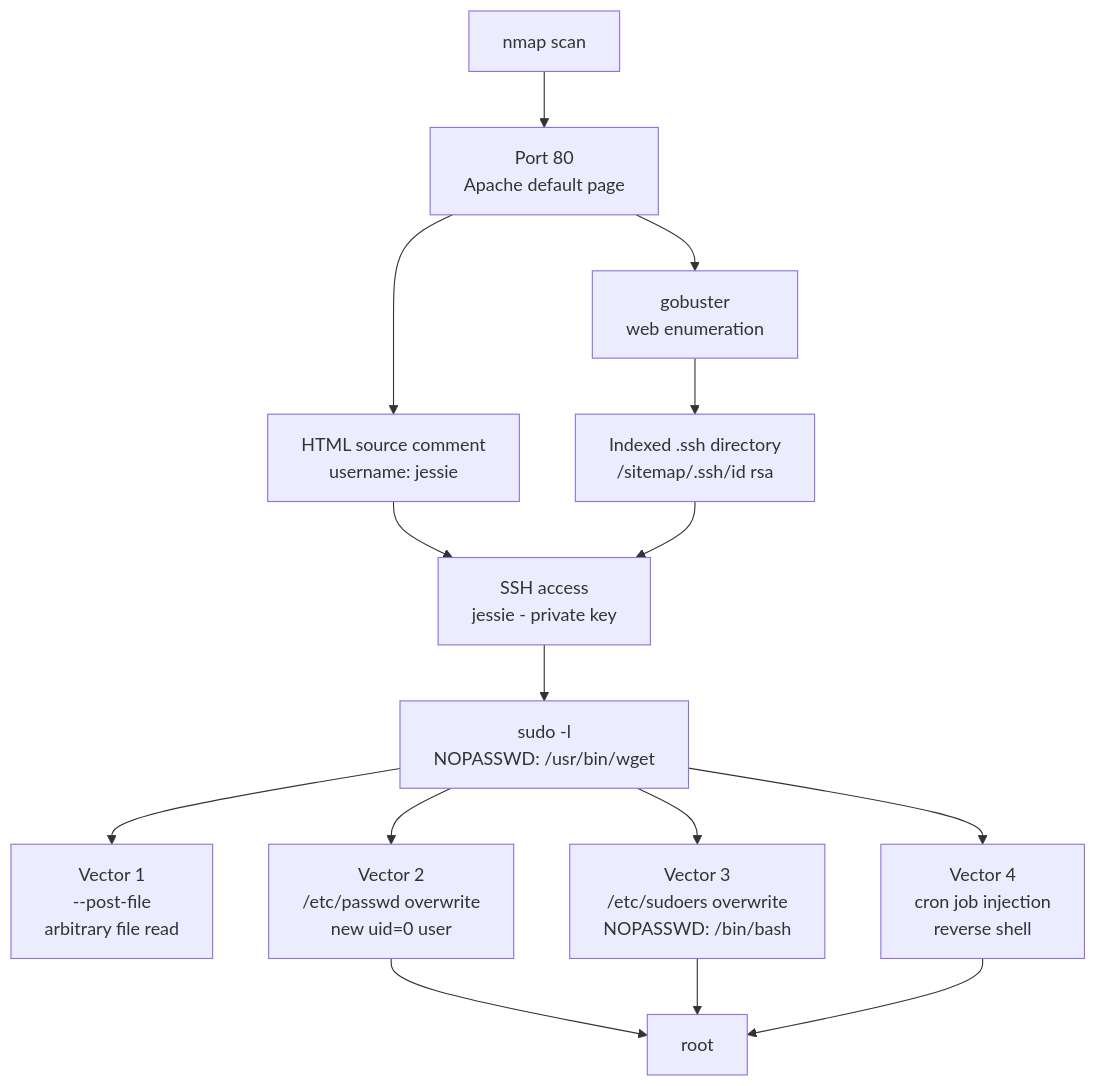
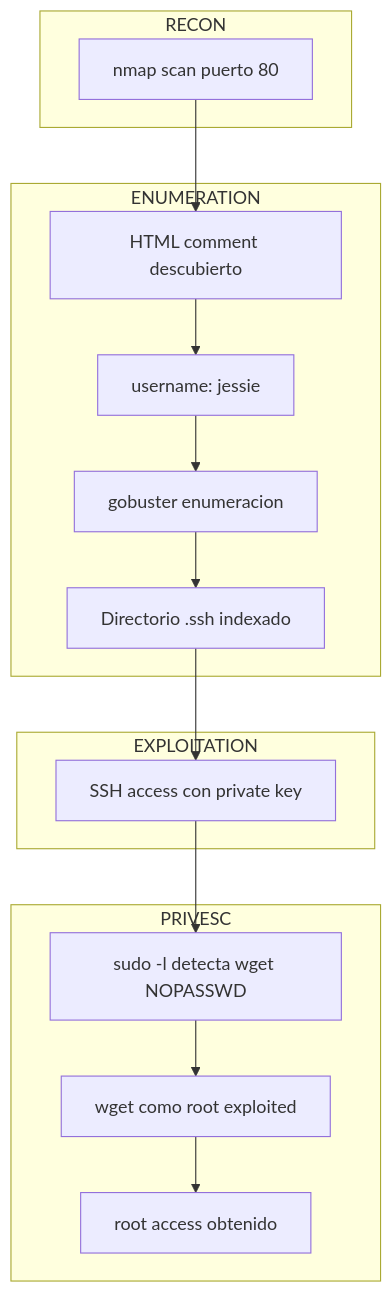
Before and after one commit to renekerr/renekerr.github.io: the diagram in _posts/2026-06-11-wgel-ctf-alternative-privesc-vectors.md, drawn with Mermaid. The commit also changed other lines of this file and 8 other files, not shown here.

Commit message:
Improve Attack Flow diagrams: convert to subgraph format grouped by phase (RECON-ENUMERATION-EXPLOITATION-PRIVESC-POST-EXPLOITATION) for all CTF writeups

```diff
--- a/_posts/2026-06-11-wgel-ctf-alternative-privesc-vectors.md
+++ b/_posts/2026-06-11-wgel-ctf-alternative-privesc-vectors.md
@@ -368,17 +368,25 @@
 <div class="mermaid">
 graph TD
-    A["nmap scan"] --> B["Port 80\nApache default page"]
-    B --> C["HTML source comment\nusername: jessie"]
-    B --> D["gobuster\nweb enumeration"]
-    D --> E["Indexed .ssh directory\n/sitemap/.ssh/id rsa"]
-    C --> F["SSH access\njessie - private key"]
-    E --> F
-    F --> G["sudo -l\nNOPASSWD: /usr/bin/wget"]
-    G --> V1["Vector 1\n--post-file\narbitrary file read"]
-    G --> V2["Vector 2\n/etc/passwd overwrite\nnew uid=0 user"]
-    G --> V3["Vector 3\n/etc/sudoers overwrite\nNOPASSWD: /bin/bash"]
-    G --> V4["Vector 4\ncron job injection\nreverse shell"]
-    V2 --> R["root"]
-    V3 --> R
-    V4 --> R
+ subgraph RECON["RECON"]
+  A["nmap scan puerto 80"]
+ end
+ 
+ subgraph ENUM["ENUMERATION"]
+  B["HTML comment descubierto"] --> C["username: jessie"]
+  D["gobuster enumeracion"] --> E["Directorio .ssh indexado"]
+ end
+ 
+ subgraph EXPL["EXPLOITATION"]
+  F["SSH access con private key"]
+ end
+ 
+ subgraph PRIVESC["PRIVESC"]
+  G["sudo -l detecta wget NOPASSWD"] --> H["wget como root exploited"]
+  H --> I["root access obtenido"]
+ end
+ 
+ A --> B
+ C --> D
+ E --> F
+ F --> G
 </div>
```
